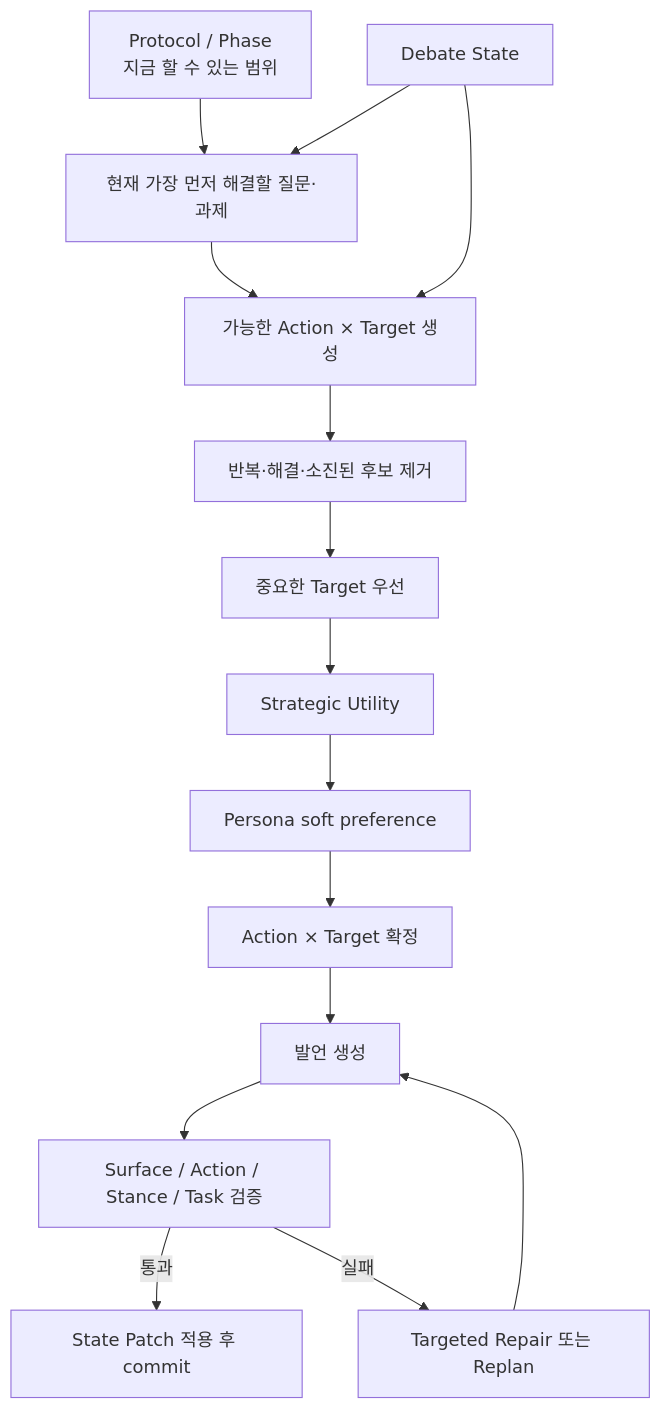
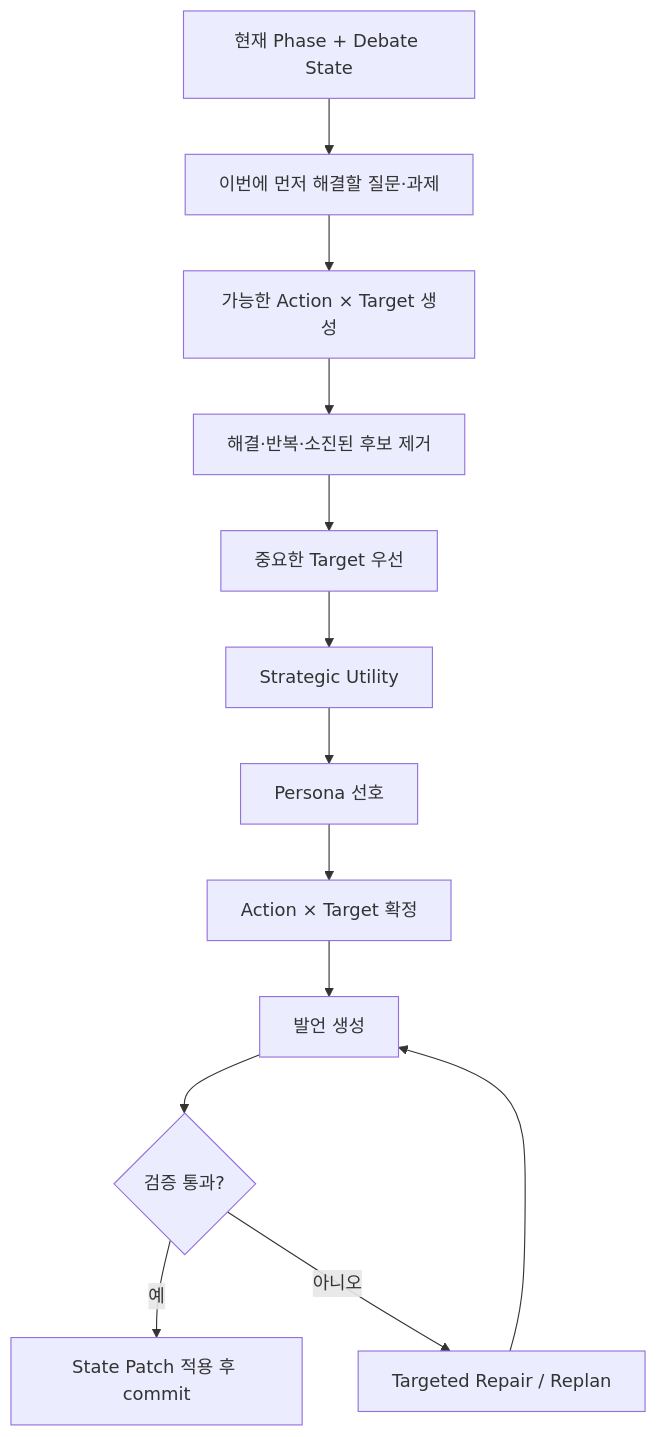
Before and after one commit to hodob/A1-3: the third of 4 diagrams in README.md, drawn with Mermaid. The commit also changed other lines of this file, not shown here.

````diff
--- a/README.md
+++ b/README.md
@@ -202,21 +107,15 @@
 ```mermaid
 flowchart TD
-    P[Protocol / Phase<br/>지금 할 수 있는 범위] --> Q[현재 가장 먼저 해결할 질문·과제]
-    S[Debate State] --> Q
-
-    Q --> E[가능한 Action × Target 생성]
-    S --> E
-
-    E --> F[반복·해결·소진된 후보 제거]
-    F --> T[중요한 Target 우선]
-    T --> U[Strategic Utility]
-    U --> R[Persona soft preference]
-    R --> A[Action × Target 확정]
-
-    A --> G[발언 생성]
-    G --> V[Surface / Action / Stance / Task 검증]
-
-    V -->|통과| C[State Patch 적용 후 commit]
-    V -->|실패| X[Targeted Repair 또는 Replan]
-    X --> G
+    A[현재 Phase + Debate State] --> B[이번에 먼저 해결할 질문·과제]
+    B --> C[가능한 Action × Target 생성]
+    C --> D[해결·반복·소진된 후보 제거]
+    D --> E[중요한 Target 우선]
+    E --> F[Strategic Utility]
+    F --> G[Persona 선호]
+    G --> H[Action × Target 확정]
+    H --> I[발언 생성]
+    I --> J{검증 통과?}
+    J -->|예| K[State Patch 적용 후 commit]
+    J -->|아니오| L[Targeted Repair / Replan]
+    L --> I
 ```
````
